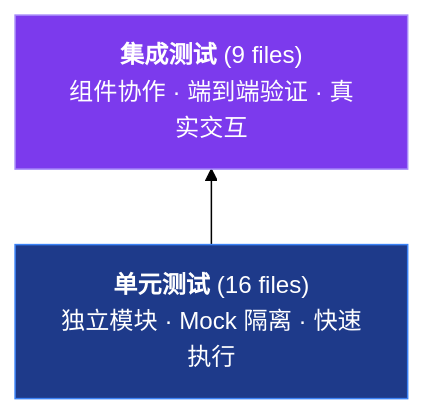
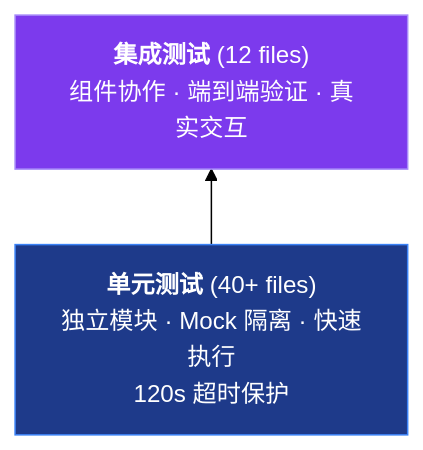
The first of 3 diagrams in docs/development.md (ThreeFish-AI/negentropy-perceives), drawn with Mermaid (forest theme) before and after one commit. The commit also changed other lines of this file, not shown here.

````diff
--- a/docs/development.md
+++ b/docs/development.md
@@ -159,9 +186,9 @@
 ```mermaid
 graph BT
-    U["<b>单元测试</b> (16 files)<br/>独立模块 · Mock 隔离 · 快速执行"]
-    I["<b>集成测试</b> (9 files)<br/>组件协作 · 端到端验证 · 真实交互"]
+    U["<b>单元测试</b> (40+ files)<br/>独立模块 · Mock 隔离 · 快速执行<br/>120s 超时保护"]
+    I["<b>集成测试</b> (12 files)<br/>组件协作 · 端到端验证 · 真实交互"]
     U --> I
 
     style U fill:#1e3a8a,stroke:#3b82f6,color:#ffffff
     style I fill:#7c3aed,stroke:#a78bfa,color:#ffffff
 ```
````
